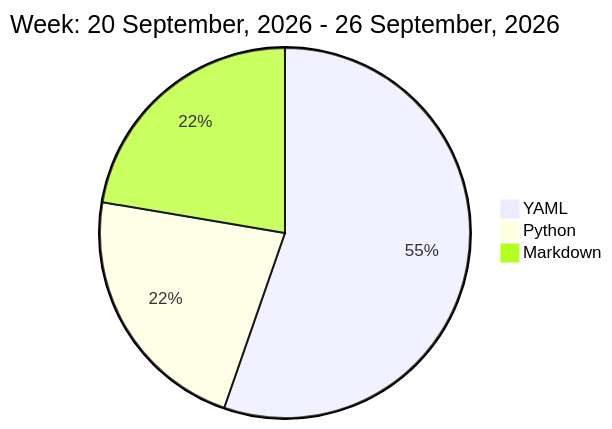
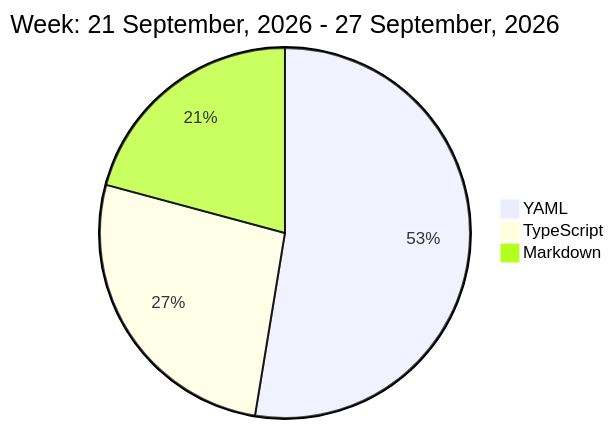
The diagram in README.md (liubin95/liubin95), drawn with Mermaid before and after one commit.

Commit message:
Updated the Graph with new Metrics

````diff
--- a/README.md
+++ b/README.md
@@ -32,7 +32,7 @@
 ```mermaid
  pie
-title Week: 20 September, 2026 - 26 September, 2026
- "YAML" : 5.25
- "Python" : 2.12
- "Markdown" : 2.12
+title Week: 21 September, 2026 - 27 September, 2026
+ "YAML" : 5.18
+ "TypeScript" : 2.62
+ "Markdown" : 2.05
 ```
````
